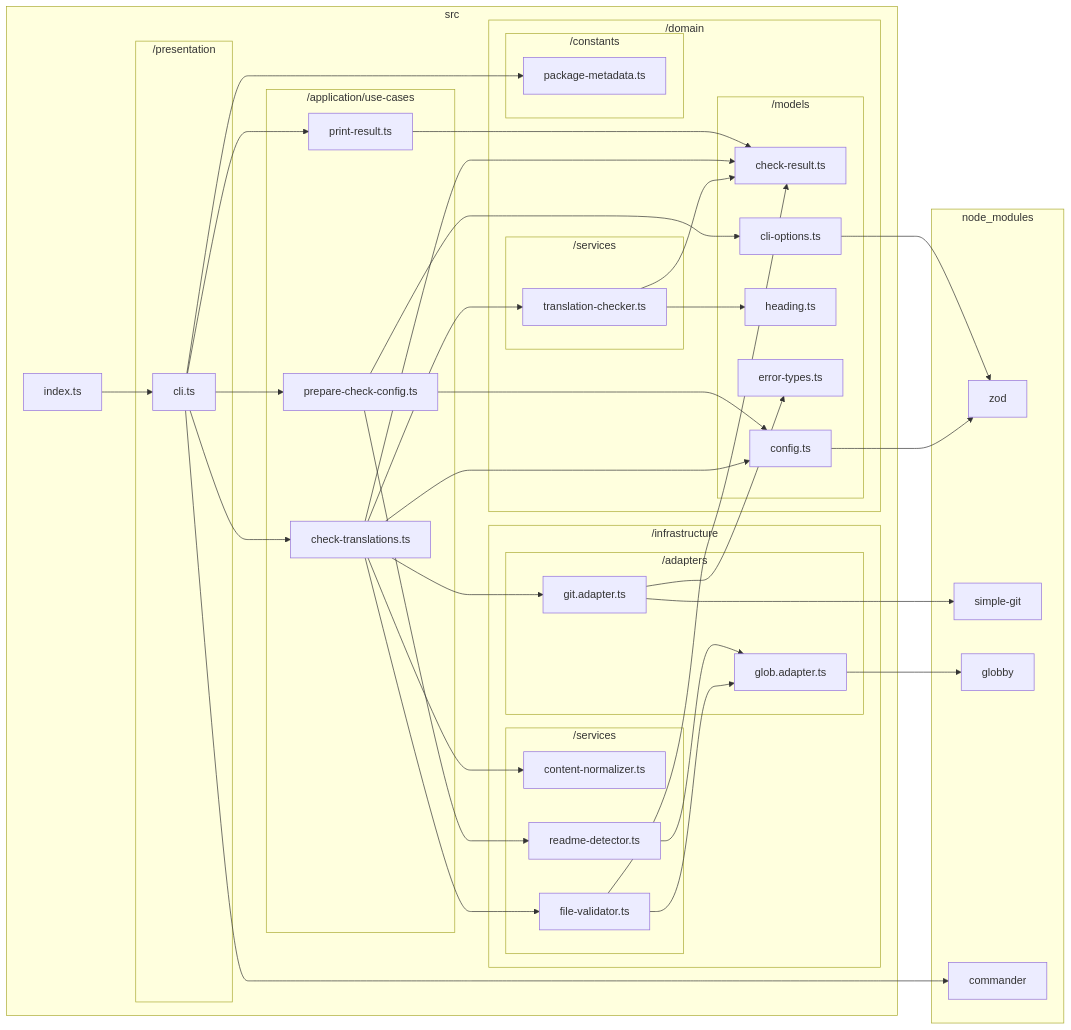
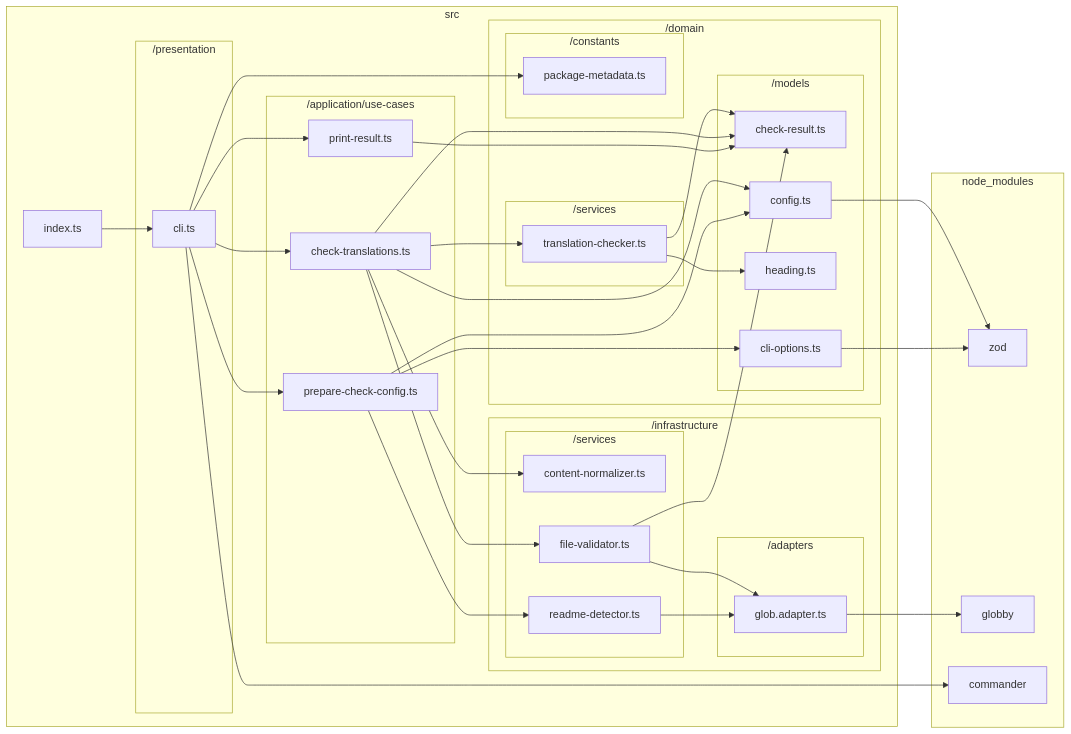
One commit to sugurutakahashi-1234/readme-i18n-sentinel changed the diagram in docs/reports/dependencies/deps-graph.md. Above: the diagram before and after it, drawn with Mermaid. The commit also changed 22 other files, not shown here.

````diff
--- a/docs/reports/dependencies/deps-graph.md
+++ b/docs/reports/dependencies/deps-graph.md
@@ -7,72 +7,66 @@
 ```mermaid
 flowchart LR
     subgraph src["src"]
         src/index.ts["index.ts"]
         subgraph src/domain["/domain"]
             subgraph src/domain/models["/models"]
                 src/domain/models/check//result.ts["check-result.ts"]
                 src/domain/models/config.ts["config.ts"]
                 src/domain/models/heading.ts["heading.ts"]
-                src/domain/models/error//types.ts["error-types.ts"]
                 src/domain/models/cli//options.ts["cli-options.ts"]
             end
             subgraph src/domain/services["/services"]
                 src/domain/services/translation//checker.ts["translation-checker.ts"]
             end
             subgraph src/domain/constants["/constants"]
                 src/domain/constants/package//metadata.ts["package-metadata.ts"]
             end
         end
         subgraph src/infrastructure["/infrastructure"]
-            subgraph src/infrastructure/adapters["/adapters"]
-                src/infrastructure/adapters/git.adapter.ts["git.adapter.ts"]
-                src/infrastructure/adapters/glob.adapter.ts["glob.adapter.ts"]
-            end
             subgraph src/infrastructure/services["/services"]
                 src/infrastructure/services/content//normalizer.ts["content-normalizer.ts"]
                 src/infrastructure/services/file//validator.ts["file-validator.ts"]
                 src/infrastructure/services/readme//detector.ts["readme-detector.ts"]
+            end
+            subgraph src/infrastructure/adapters["/adapters"]
+                src/infrastructure/adapters/glob.adapter.ts["glob.adapter.ts"]
             end
         end
         subgraph src/application/use//cases["/application/use-cases"]
             src/application/use//cases/check//translations.ts["check-translations.ts"]
             src/application/use//cases/prepare//check//config.ts["prepare-check-config.ts"]
             src/application/use//cases/print//result.ts["print-result.ts"]
         end
         subgraph src/presentation["/presentation"]
             src/presentation/cli.ts["cli.ts"]
         end
     end
     subgraph node//modules["node_modules"]
         node//modules/zod/index.d.cts["zod"]
-        node//modules/simple//git/dist/typings/index.d.ts["simple-git"]
         node//modules/globby/index.d.ts["globby"]
         node//modules/commander/typings/index.d.ts["commander"]
     end
     src/domain/models/config.ts-->node//modules/zod/index.d.cts
     src/domain/services/translation//checker.ts-->src/domain/models/check//result.ts
     src/domain/services/translation//checker.ts-->src/domain/models/heading.ts
-    src/infrastructure/adapters/git.adapter.ts-->node//modules/simple//git/dist/typings/index.d.ts
-    src/infrastructure/adapters/git.adapter.ts-->src/domain/models/error//types.ts
     src/infrastructure/adapters/glob.adapter.ts-->node//modules/globby/index.d.ts
     src/infrastructure/services/file//validator.ts-->src/domain/models/check//result.ts
     src/infrastructure/services/file//validator.ts-->src/infrastructure/adapters/glob.adapter.ts
     src/application/use//cases/check//translations.ts-->src/domain/models/check//result.ts
     src/application/use//cases/check//translations.ts-->src/domain/models/config.ts
     src/application/use//cases/check//translations.ts-->src/domain/services/translation//checker.ts
-    src/application/use//cases/check//translations.ts-->src/infrastructure/adapters/git.adapter.ts
     src/application/use//cases/check//translations.ts-->src/infrastructure/services/content//normalizer.ts
     src/application/use//cases/check//translations.ts-->src/infrastructure/services/file//validator.ts
     src/domain/models/cli//options.ts-->node//modules/zod/index.d.cts
     src/infrastructure/services/readme//detector.ts-->src/infrastructure/adapters/glob.adapter.ts
     src/application/use//cases/prepare//check//config.ts-->src/domain/models/cli//options.ts
     src/application/use//cases/prepare//check//config.ts-->src/domain/models/config.ts
     src/application/use//cases/prepare//check//config.ts-->src/infrastructure/services/readme//detector.ts
     src/application/use//cases/print//result.ts-->src/domain/models/check//result.ts
     src/presentation/cli.ts-->node//modules/commander/typings/index.d.ts
     src/presentation/cli.ts-->src/application/use//cases/check//translations.ts
     src/presentation/cli.ts-->src/application/use//cases/prepare//check//config.ts
     src/presentation/cli.ts-->src/application/use//cases/print//result.ts
     src/presentation/cli.ts-->src/domain/constants/package//metadata.ts
     src/index.ts-->src/presentation/cli.ts
 ```
````
